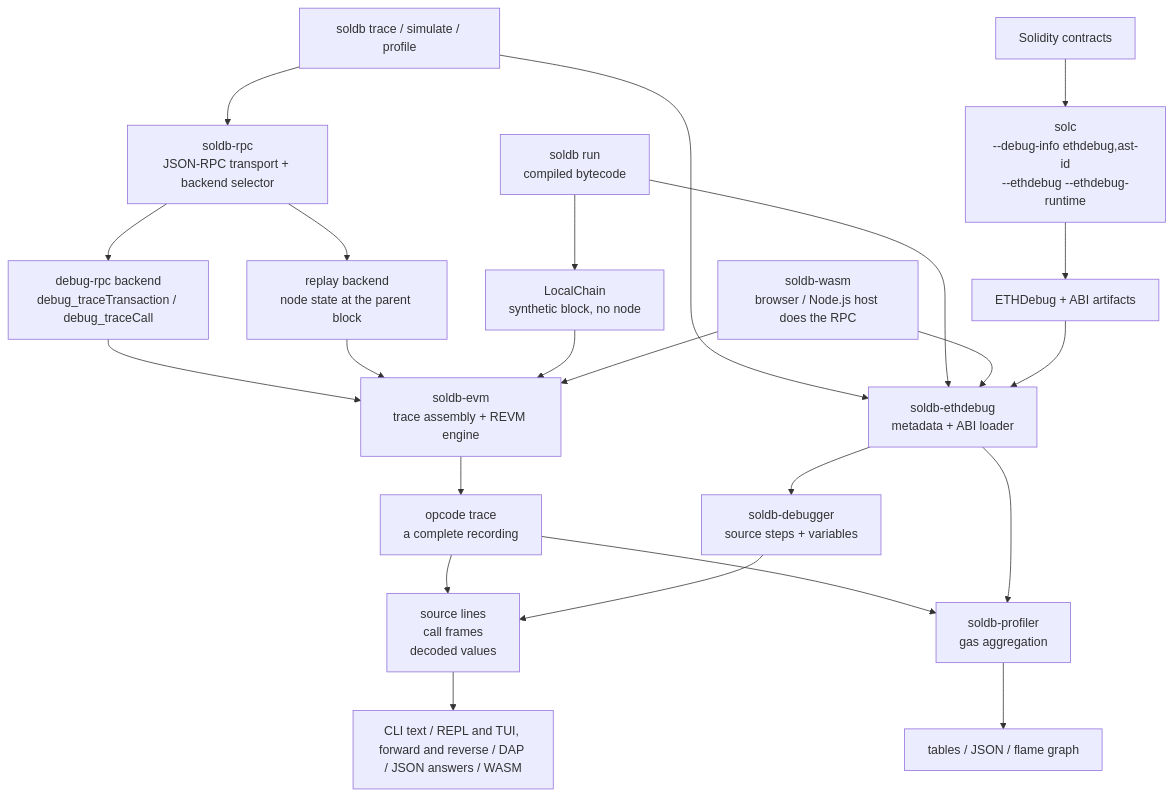
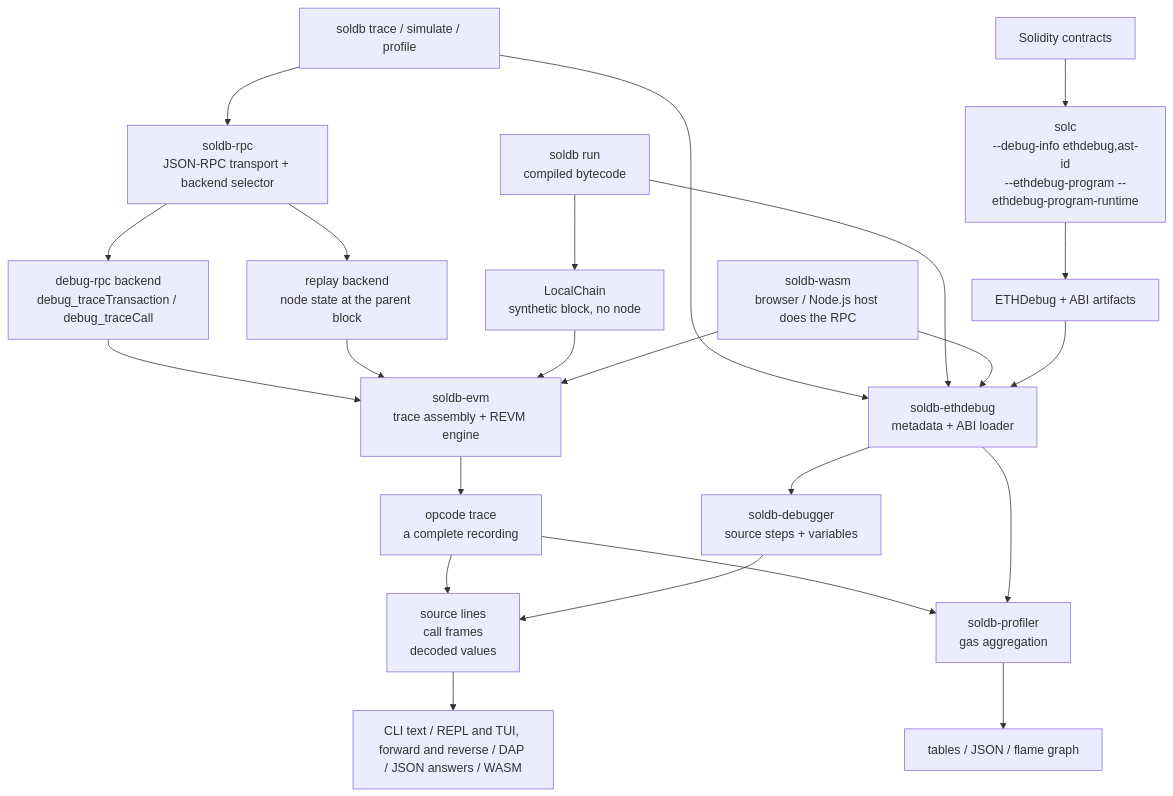
One commit to walnuthq/soldb changed the diagram in README.md. Above: the diagram before and after it, drawn with Mermaid. The commit also changed other lines of this file and 4 other files, not shown here.

````diff
--- a/README.md
+++ b/README.md
@@ -276,28 +302,28 @@
 ```mermaid
 flowchart TD
-    contracts["Solidity contracts"] --> solc["solc<br/>--debug-info ethdebug,ast-id<br/>--ethdebug --ethdebug-runtime"]
+    contracts["Solidity contracts"] --> solc["solc<br/>--debug-info ethdebug,ast-id<br/>--ethdebug-program --ethdebug-program-runtime"]
     solc --> artifacts["ETHDebug + ABI artifacts"]
 
     cli["soldb trace / simulate / profile"] --> metadata["soldb-ethdebug<br/>metadata + ABI loader"]
     run["soldb run<br/>compiled bytecode"] --> metadata
     wasm["soldb-wasm<br/>browser / Node.js host does the RPC"] --> metadata
     artifacts --> metadata
 
     cli --> selector["soldb-rpc<br/>JSON-RPC transport + backend selector"]
     selector --> debug_rpc["debug-rpc backend<br/>debug_traceTransaction / debug_traceCall"]
     selector --> replay["replay backend<br/>node state at the parent block"]
     run --> local["LocalChain<br/>synthetic block, no node"]
 
     debug_rpc --> engine["soldb-evm<br/>trace assembly + REVM engine"]
     replay --> engine
     local --> engine
     wasm --> engine
     engine --> opcode_trace["opcode trace<br/>a complete recording"]
     metadata --> debugger["soldb-debugger<br/>source steps + variables"]
     opcode_trace --> enriched
     debugger --> enriched["source lines<br/>call frames<br/>decoded values"]
     enriched --> outputs["CLI text / REPL and TUI, forward and reverse / DAP / JSON answers / WASM"]
     opcode_trace --> profiler["soldb-profiler<br/>gas aggregation"]
     metadata --> profiler
     profiler --> profile_outputs["tables / JSON / flame graph"]
 ```
````
